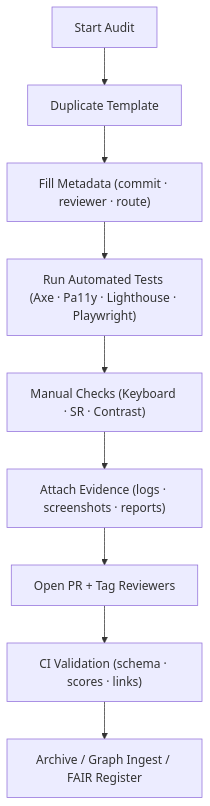
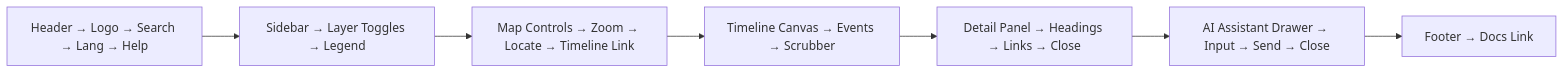
Before and after one commit to bartytime4life/Kansas-Frontier-Matrix: the diagram in docs/design/reviews/accessibility/templates/README.md, drawn with Mermaid. The commit also changed other lines of this file, not shown here.

````diff
--- a/docs/design/reviews/accessibility/templates/README.md
+++ b/docs/design/reviews/accessibility/templates/README.md
@@ -161,11 +129,10 @@
 ```mermaid
-flowchart TD
-  A["Start Audit"] --> B["Duplicate Template"]
-  B --> C["Fill Metadata (commit · reviewer · route)"]
-  C --> D["Run Automated Tests (Axe · Pa11y · Lighthouse · Playwright)"]
-  D --> E["Manual Checks (Keyboard · SR · Contrast)"]
-  E --> F["Attach Evidence (logs · screenshots · reports)"]
-  F --> G["Open PR + Tag Reviewers"]
-  G --> H["CI Validation (schema · scores · links)"]
-  H --> I["Archive / Graph Ingest / FAIR Register"]
+flowchart LR
+  A["Header → Logo → Search → Lang → Help"]
+  --> B["Sidebar → Layer Toggles → Legend"]
+  B-->C["Map Controls → Zoom → Locate → Timeline Link"]
+  C-->D["Timeline Canvas → Events → Scrubber"]
+  D-->E["Detail Panel → Headings → Links → Close"]
+  E-->F["AI Assistant Drawer → Input → Send → Close"]
+  F-->G["Footer → Docs Link"]
 ```
````
